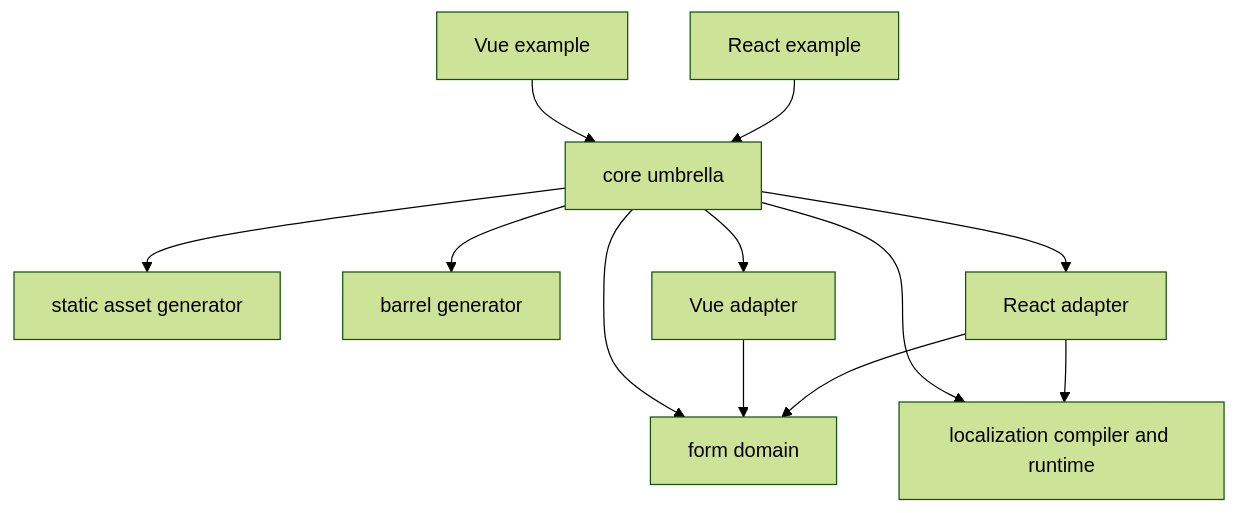
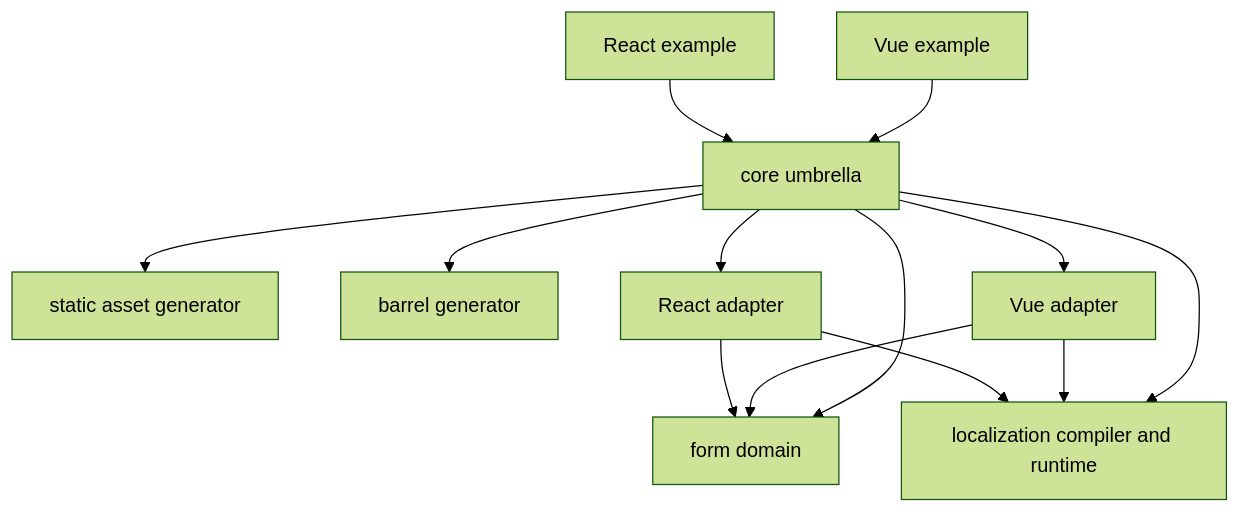
Before and after one commit to alpinnz/valfuse-node: the diagram in docs/architecture.md, drawn with Mermaid (forest theme). The commit also changed other lines of this file and 71 other files, not shown here.

````diff
--- a/docs/architecture.md
+++ b/docs/architecture.md
@@ -24,24 +24,25 @@
 ```mermaid
 flowchart TD
   form[form domain]
   assets[static asset generator]
   barrel[barrel generator]
   localization[localization compiler and runtime]
   react[React adapter]
   vue[Vue adapter]
   core[core umbrella]
   reactExample[React example]
   vueExample[Vue example]
 
   react --> form
   react --> localization
   vue --> form
+  vue --> localization
   core --> form
   core --> localization
   core --> assets
   core --> barrel
   core --> react
   core --> vue
   reactExample --> core
   vueExample --> core
 ```
````
